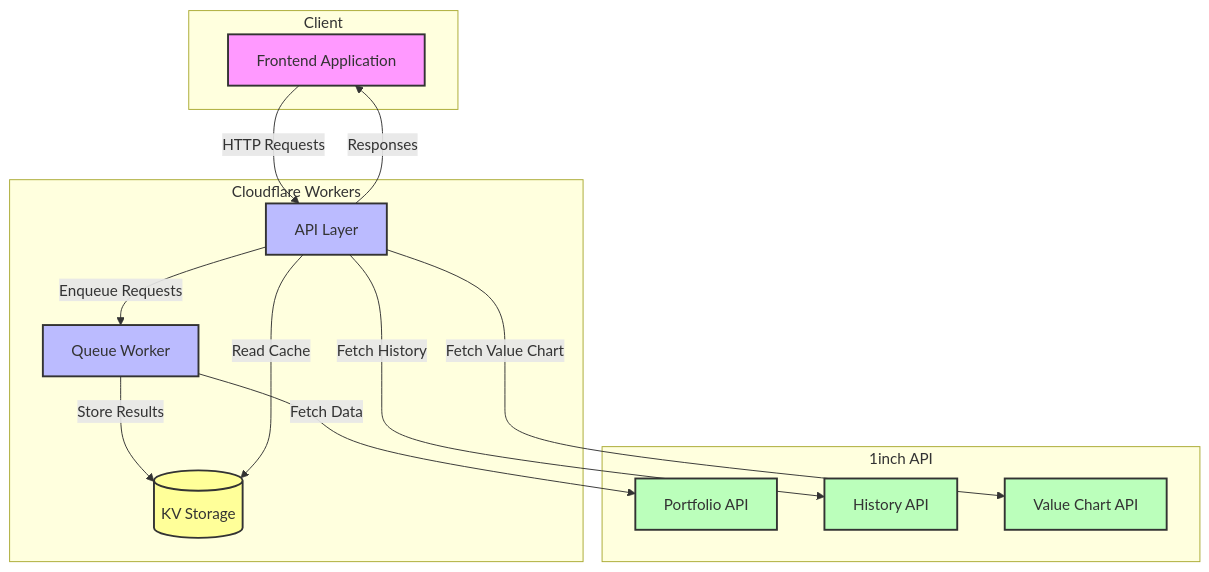
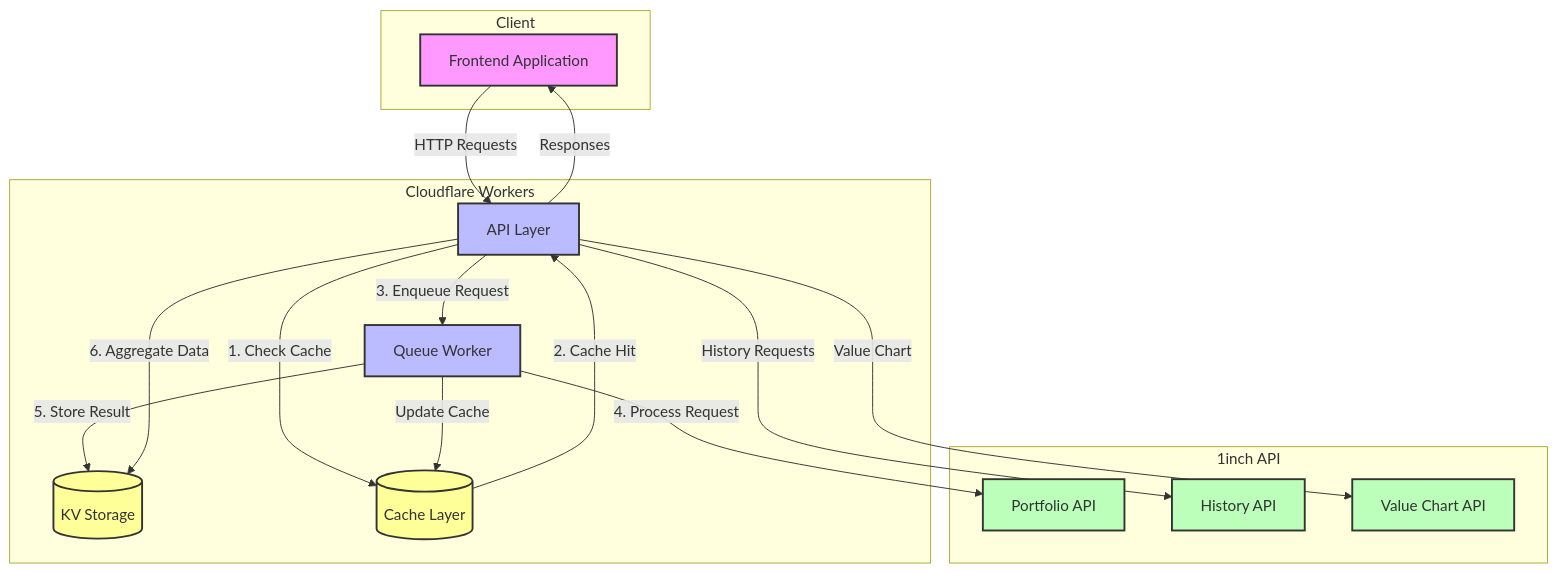
Before and after one commit to calpa/orbitgo-backend: the diagram in README.md, drawn with Mermaid. The commit also changed other lines of this file, not shown here.

Commit message:
Update system architecture diagram and add cache layer documentation

````diff
--- a/README.md
+++ b/README.md
@@ -42,43 +42,49 @@
 ```mermaid
 flowchart TB
     subgraph Client
         FE[Frontend Application]
     end
 
     subgraph "Cloudflare Workers"
         API[API Layer]
         Queue[Queue Worker]
         KV[(KV Storage)]
+        Cache[(Cache Layer)]
     end
 
     subgraph "1inch API"
         Portfolio[Portfolio API]
         History[History API]
         Value[Value Chart API]
     end
 
     %% Client interactions
     FE -->|HTTP Requests| API
     API -->|Responses| FE
 
-    %% Queue processing
-    API -->|Enqueue Requests| Queue
-    Queue -->|Store Results| KV
-    API -->|Read Cache| KV
+    %% Data flow
+    API -->|1. Check Cache| Cache
+    Cache -->|2. Cache Hit| API
+    API -->|3. Enqueue Request| Queue
+    Queue -->|4. Process Request| Portfolio
+    Queue -->|5. Store Result| KV
+    API -->|6. Aggregate Data| KV
 
-    %% External API calls
-    Queue -->|Fetch Data| Portfolio
-    API -->|Fetch History| History
-    API -->|Fetch Value Chart| Value
+    %% Direct API calls
+    API -->|History Requests| History
+    API -->|Value Chart| Value
+
+    %% Cache updates
+    Queue -->|Update Cache| Cache
 
     %% Styling
     classDef client fill:#f9f,stroke:#333,stroke-width:2px
     classDef worker fill:#bbf,stroke:#333,stroke-width:2px
     classDef storage fill:#ff9,stroke:#333,stroke-width:2px
     classDef external fill:#bfb,stroke:#333,stroke-width:2px
 
     class FE client
     class API,Queue worker
-    class KV storage
+    class KV,Cache storage
     class Portfolio,History,Value external
 ```
````
